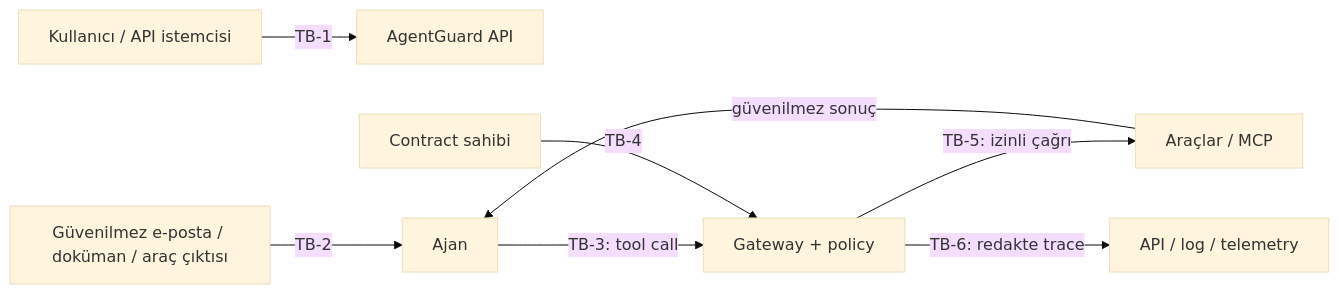
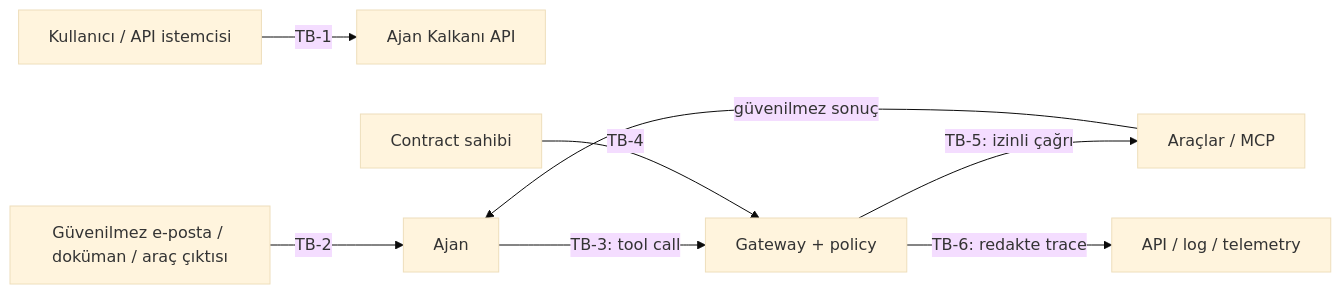
One commit to Nurettin-Erdogan/ajan-kalkani changed the diagram in docs/THREAT_MODEL.md. Above: the diagram before and after it, drawn with Mermaid (base theme). The commit also changed other lines of this file and 25 other files, not shown here.

Commit message:
rename project to Ajan Kalkanı

````diff
--- a/docs/THREAT_MODEL.md
+++ b/docs/THREAT_MODEL.md
@@ -72,10 +72,10 @@
 ```mermaid
 flowchart LR
-    U["Kullanıcı / API istemcisi"] -->|TB-1| API["AgentGuard API"]
+    U["Kullanıcı / API istemcisi"] -->|TB-1| API["Ajan Kalkanı API"]
     X["Güvenilmez e-posta / doküman / araç çıktısı"] -->|TB-2| A["Ajan"]
     A -->|TB-3: tool call| G["Gateway + policy"]
     C["Contract sahibi"] -->|TB-4| G
     G -->|TB-5: izinli çağrı| T["Araçlar / MCP"]
     T -->|güvenilmez sonuç| A
     G -->|TB-6: redakte trace| O["API / log / telemetry"]
 ```
````
